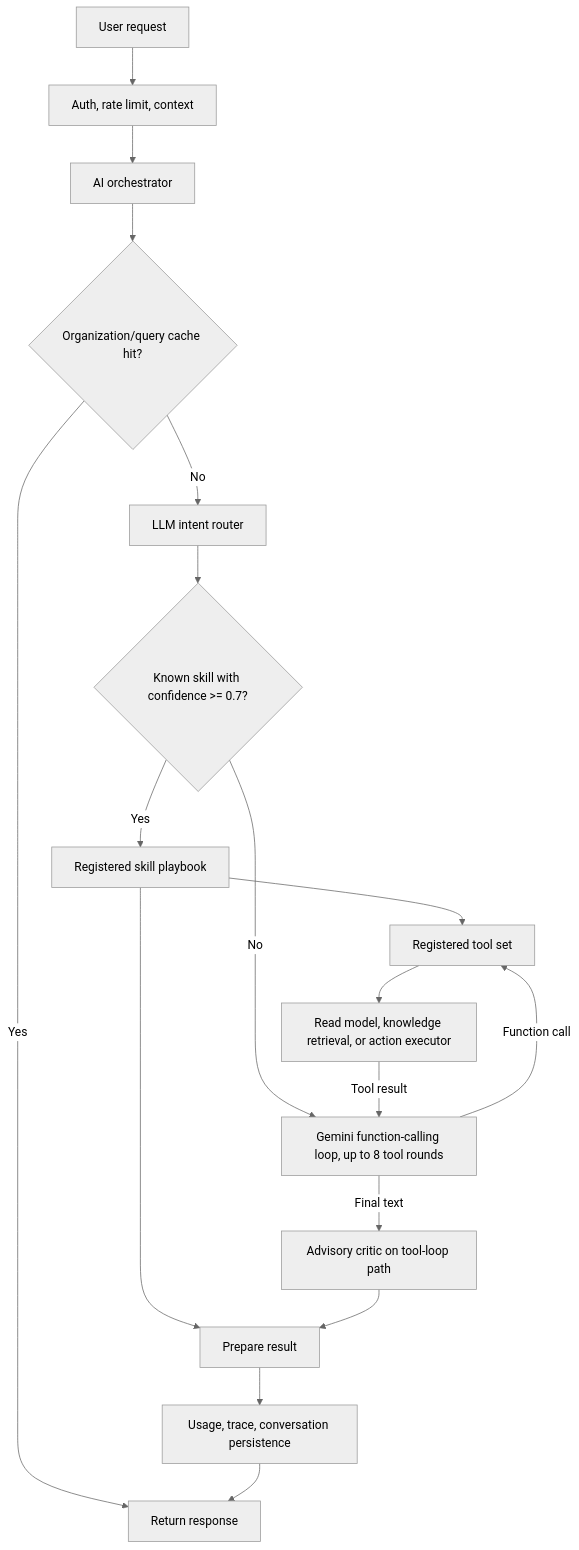
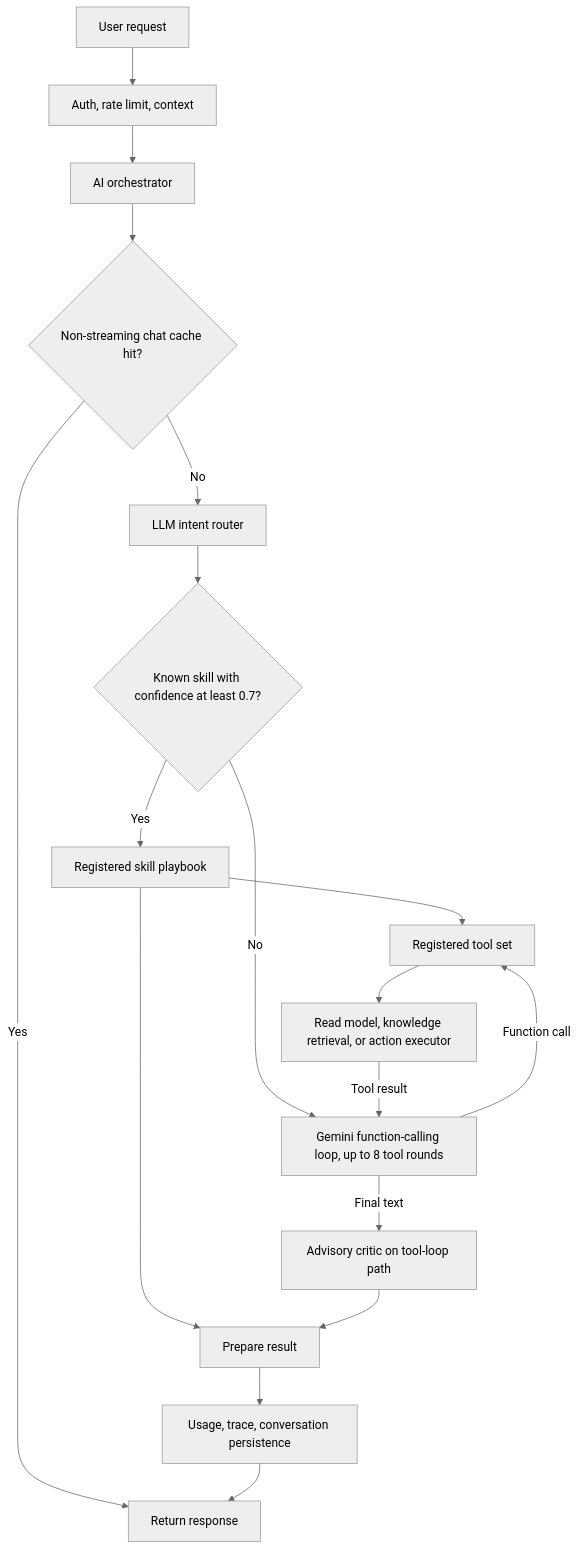
Before and after one commit to amathziah/capitaedgex: the first of 2 diagrams in README.md, drawn with Mermaid (neutral theme). The commit also changed other lines of this file and 1 other file, not shown here.

Commit message:
docs: add layer-by-layer AI architecture

````diff
--- a/README.md
+++ b/README.md
@@ -32,20 +32,20 @@
 ```mermaid
 flowchart TD
     USER[User request] --> AUTH[Auth, rate limit, context]
     AUTH --> ORCH[AI orchestrator]
-    ORCH --> CACHE{Organization/query cache hit?}
+    ORCH --> CACHE{Non-streaming chat cache hit?}
     CACHE -->|Yes| RESPONSE[Return cached response]
     CACHE -->|No| INTENT[LLM intent router]
-    INTENT --> ROUTE{Known skill with confidence >= 0.7?}
+    INTENT --> ROUTE{Known skill with confidence at least 0.7?}
     ROUTE -->|Yes| SKILL[Registered skill playbook]
     ROUTE -->|No| LOOP[Gemini function-calling loop, up to 8 tool rounds]
     SKILL --> TOOLS[Registered tool set]
     LOOP -->|Function call| TOOLS
     TOOLS --> DATA[Read model, knowledge retrieval, or action executor]
     DATA -->|Tool result| LOOP
     LOOP -->|Final text| CRITIC[Advisory critic on tool-loop path]
     SKILL --> RESULT[Prepare result]
     CRITIC --> RESULT
     RESULT --> STORE[Usage, trace, conversation persistence]
     STORE --> RESPONSE[Return response]
 ```
````
